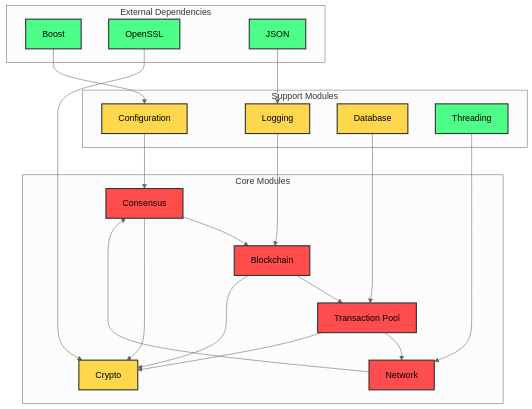
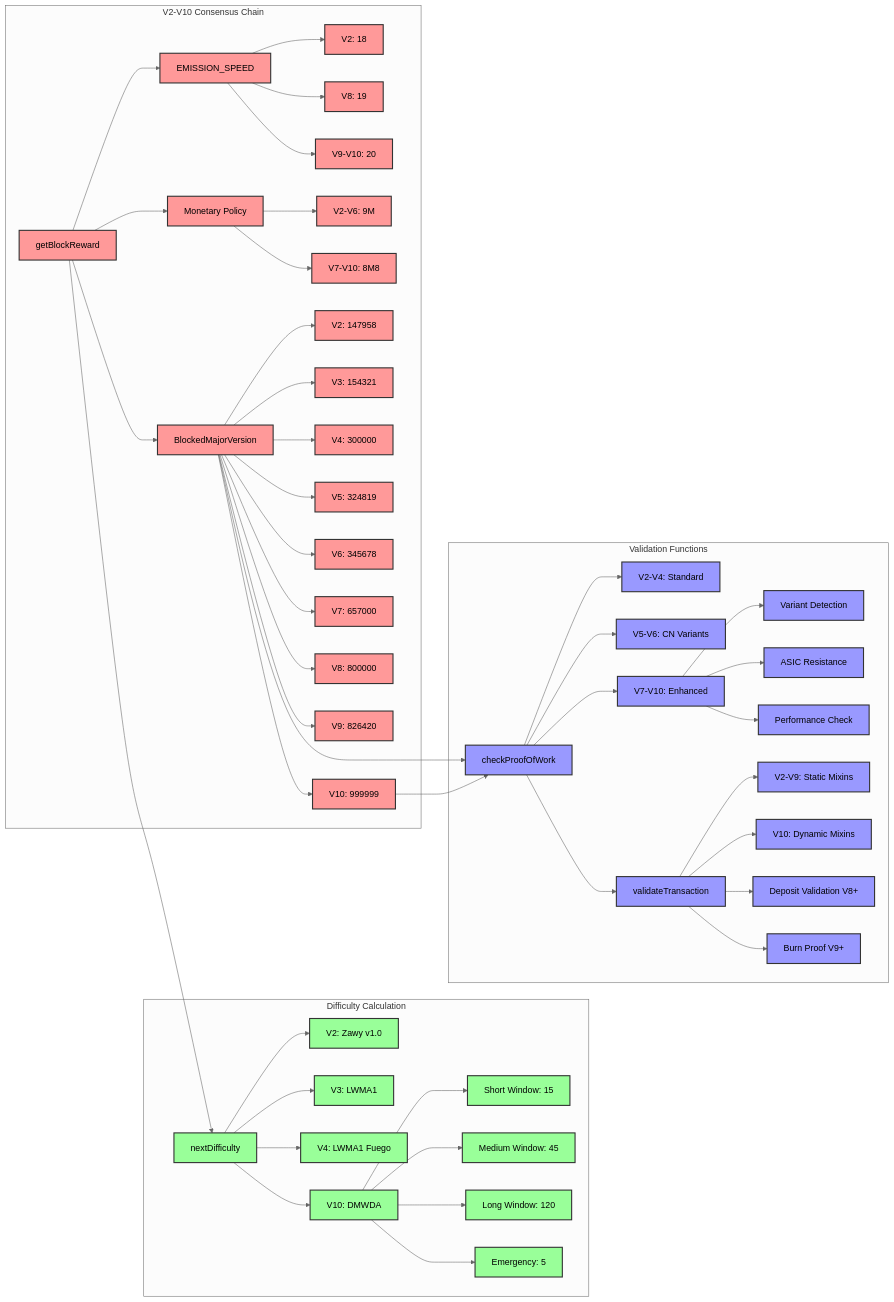
Before and after one commit to usexfg/fuego-suite: diagram 19 of 29 in FORK_CLASSIFICATION.md, drawn with Mermaid (neutral theme). The commit also changed other lines of this file and 64 other files, not shown here.

````diff
--- a/FORK_CLASSIFICATION.md
+++ b/FORK_CLASSIFICATION.md
@@ -590,34 +2677,65 @@
 ```mermaid
-graph TD
-    subgraph "Core Modules"
-        A[Consensus] --> B[Blockchain]
-        B --> C[Transaction Pool]
-        C --> D[Network]
-        D --> A
+graph LR
+    subgraph "V2-V10 Consensus Chain"
+        A[getBlockReward] --> B[EMISSION_SPEED]
+        A --> C[BlockedMajorVersion]
+        A --> D[Monetary Policy]
         
-        A --> E[Crypto]
-        B --> E
-        C --> E
+        B --> E[V2: 18]
+        B --> F[V8: 19]
+        B --> G[V9-V10: 20]
+        
+        D --> H[V2-V6: 9M]
+        D --> I[V7-V10: 8M8]
+        
+        C --> J[V2: 147958]
+        C --> K[V3: 154321]
+        C --> L[V4: 300000]
+        C --> M[V5: 324819]
+        C --> N[V6: 345678]
+        C --> O[V7: 657000]
+        C --> P[V8: 800000]
+        C --> Q[V9: 826420]
+        C --> R[V10: 999999]
     end
     
-    subgraph "Support Modules"
-        F[Configuration] --> A
-        G[Logging] --> B
-        H[Database] --> C
-        I[Threading] --> D
+    subgraph "Difficulty Calculation"
+        S[nextDifficulty] --> T[V2: Zawy v1.0]
+        S --> U[V3: LWMA1]
+        S --> V[V4: LWMA1 Fuego]
+        S --> W[V10: DMWDA]
+        
+        W --> X[Short Window: 15]
+        W --> Y[Medium Window: 45]
+        W --> Z[Long Window: 120]
+        W --> A1[Emergency: 5]
     end
     
-    subgraph "External Dependencies"
-        J[Boost] --> F
-        K[OpenSSL] --> E
-        L[JSON] --> G
+    subgraph "Validation Functions"
+        B1[checkProofOfWork] --> B2[V2-V4: Standard]
+        B1 --> B3[V5-V6: CN Variants]
+        B1 --> B4[V7-V10: Enhanced]
+        
+        B4 --> C1[Variant Detection]
+        B4 --> C2[ASIC Resistance]
+        B4 --> C3[Performance Check]
+        
+        D1[validateTransaction] --> D2[V2-V9: Static Mixins]
+        D1 --> D3[V10: Dynamic Mixins]
+        D1 --> D4[Deposit Validation V8+]
+        D1 --> D5[Burn Proof V9+]
     end
     
-    classDef critical fill:#ff4d4d,stroke:#333,stroke-width:2px;
-    classDef medium fill:#ffd74d,stroke:#333,stroke-width:2px;
-    classDef low fill:#4dff88,stroke:#333,stroke-width:2px;
+    A --> S
+    B1 --> D1
+    C --> B1
+    R --> B1
     
-    class A,B,C,D critical;
-    class E,F,G,H medium;
-    class I,J,K,L low;
+    classDef emission fill:#ff9999,stroke:#333,stroke-width:2px;
+    classDef difficulty fill:#99ff99,stroke:#333,stroke-width:2px;
+    classDef validation fill:#9999ff,stroke:#333,stroke-width:2px;
+    
+    class A,B,C,D,E,F,G,H,I,J,K,L,M,N,O,P,Q,R emission;
+    class S,T,U,V,W,X,Y,Z,A1 difficulty;
+    class B1,B2,B3,B4,C1,C2,C3,D1,D2,D3,D4,D5 validation;
 ```
````
